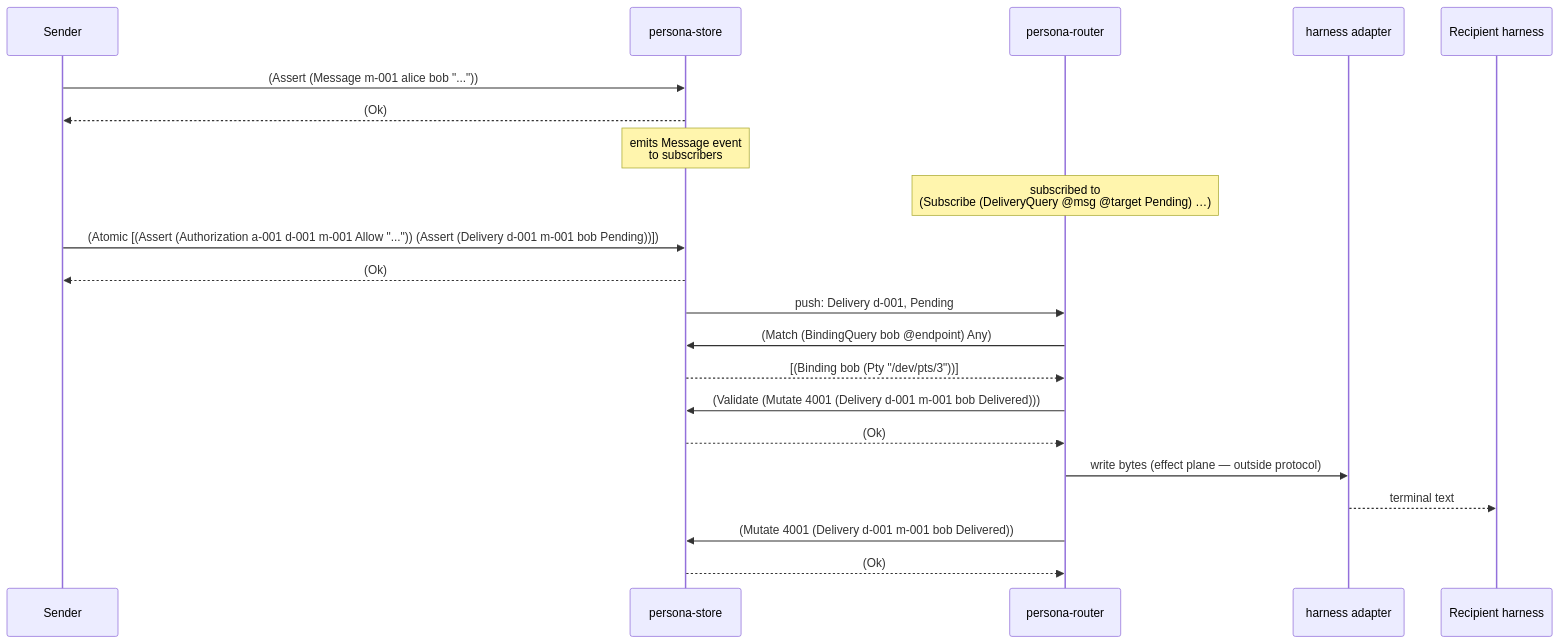
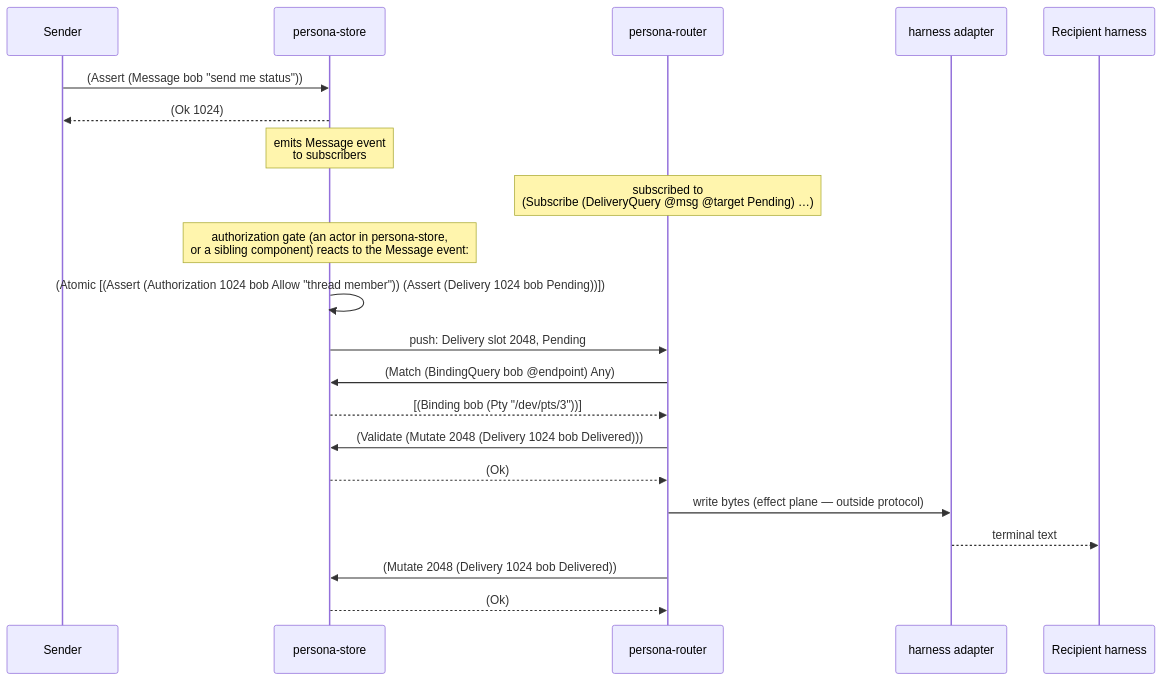
Before and after one commit to LiGoldragon/primary: the third of 4 diagrams in reports/designer/40-twelve-verbs-in-persona.md, drawn with Mermaid. The commit also changed other lines of this file and 2 other files, not shown here.

````diff
--- a/reports/designer/40-twelve-verbs-in-persona.md
+++ b/reports/designer/40-twelve-verbs-in-persona.md
@@ -159,29 +352,29 @@
 ```mermaid
 sequenceDiagram
     participant S as Sender
     participant Store as persona-store
     participant Router as persona-router
     participant Adapter as harness adapter
     participant R as Recipient harness
 
-    S->>Store: (Assert (Message m-001 alice bob "..."))
-    Store-->>S: (Ok)
+    S->>Store: (Assert (Message bob "send me status"))
+    Store-->>S: (Ok 1024)
     Note over Store: emits Message event<br/>to subscribers
 
     Note over Router: subscribed to<br/>(Subscribe (DeliveryQuery @msg @target Pending) …)
-    
-    S->>Store: (Atomic [(Assert (Authorization a-001 d-001 m-001 Allow "...")) (Assert (Delivery d-001 m-001 bob Pending))])
-    Store-->>S: (Ok)
-    Store->>Router: push: Delivery d-001, Pending
+
+    Note over Store: authorization gate (an actor in persona-store,<br/>or a sibling component) reacts to the Message event:
+    Store->>Store: (Atomic [(Assert (Authorization 1024 bob Allow "thread member")) (Assert (Delivery 1024 bob Pending))])
+    Store->>Router: push: Delivery slot 2048, Pending
 
     Router->>Store: (Match (BindingQuery bob @endpoint) Any)
     Store-->>Router: [(Binding bob (Pty "/dev/pts/3"))]
-    Router->>Store: (Validate (Mutate 4001 (Delivery d-001 m-001 bob Delivered)))
+    Router->>Store: (Validate (Mutate 2048 (Delivery 1024 bob Delivered)))
     Store-->>Router: (Ok)
-    
+
     Router->>Adapter: write bytes (effect plane — outside protocol)
     Adapter-->>R: terminal text
-    
-    Router->>Store: (Mutate 4001 (Delivery d-001 m-001 bob Delivered))
+
+    Router->>Store: (Mutate 2048 (Delivery 1024 bob Delivered))
     Store-->>Router: (Ok)
 ```
````
